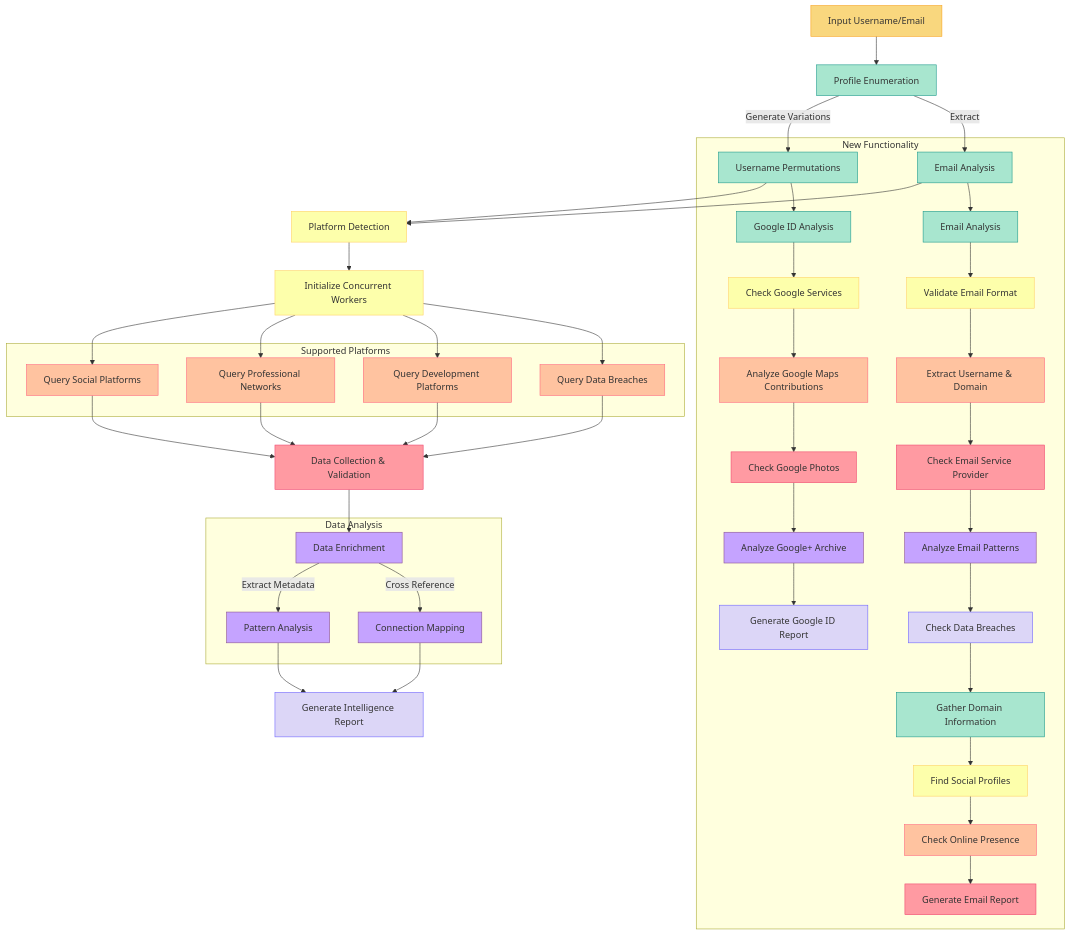
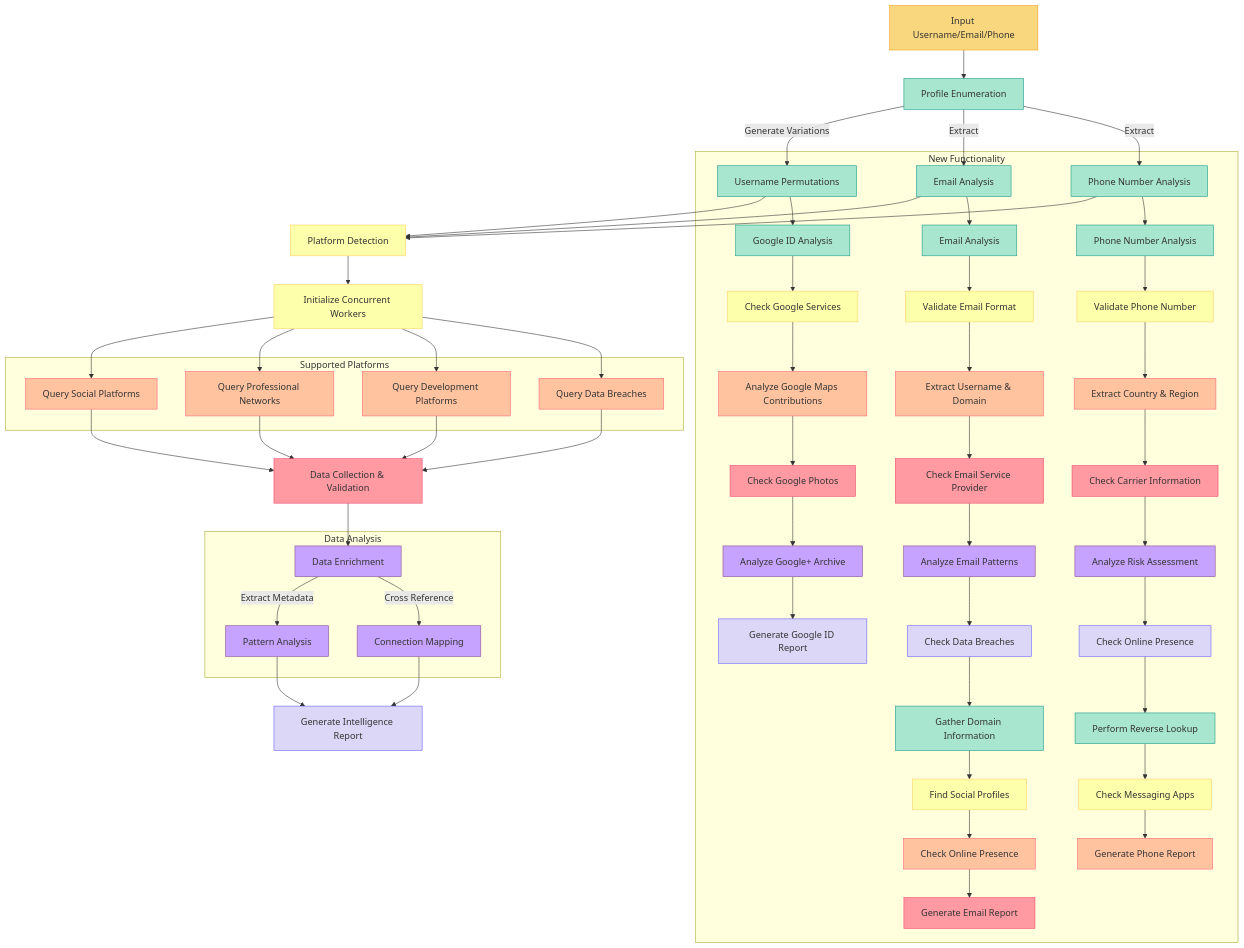
The diagram in README.md (awiones/MercuriesOST), drawn with Mermaid before and after one commit. The commit also changed other lines of this file, not shown here.

````diff
--- a/README.md
+++ b/README.md
@@ -118,94 +117,117 @@
 ```mermaid
 graph TD
-    A[Input Username/Email] --> B[Profile Enumeration]
+    A[Input Username/Email/Phone] --> B[Profile Enumeration]
     B --> |Generate Variations| C[Username Permutations]
     B --> |Extract| D[Email Analysis]
-
-    C --> E[Platform Detection]
-    D --> E
-
-    E --> F[Initialize Concurrent Workers]
-    F --> G[Query Social Platforms]
-    F --> H[Query Professional Networks]
-    F --> I[Query Development Platforms]
-    F --> J[Query Data Breaches]
-
-    G --> K[Data Collection & Validation]
-    H --> K
-    I --> K
-    J --> K
-
-    K --> L[Data Enrichment]
-    L --> |Extract Metadata| M[Pattern Analysis]
-    L --> |Cross Reference| N[Connection Mapping]
-
-    M --> O[Generate Intelligence Report]
-    N --> O
+    B --> |Extract| E[Phone Number Analysis]
+    
+    C --> F[Platform Detection]
+    D --> F
+    E --> F
+    
+    F --> G[Initialize Concurrent Workers]
+    G --> H[Query Social Platforms]
+    G --> I[Query Professional Networks]
+    G --> J[Query Development Platforms]
+    G --> K[Query Data Breaches]
+    
+    H --> L[Data Collection & Validation]
+    I --> L
+    J --> L
+    K --> L
+    
+    L --> M[Data Enrichment]
+    M --> |Extract Metadata| N[Pattern Analysis]
+    M --> |Cross Reference| O[Connection Mapping]
+    
+    N --> P[Generate Intelligence Report]
+    O --> P
 
     subgraph "New Functionality"
-        D --> P[Email Analysis]
-        P --> Q[Validate Email Format]
-        Q --> R[Extract Username & Domain]
-        R --> S[Check Email Service Provider]
-        S --> T[Analyze Email Patterns]
-        T --> U[Check Data Breaches]
-        U --> V[Gather Domain Information]
-        V --> W[Find Social Profiles]
-        W --> X[Check Online Presence]
-        X --> Y[Generate Email Report]
+        D --> Q[Email Analysis]
+        Q --> R[Validate Email Format]
+        R --> S[Extract Username & Domain]
+        S --> T[Check Email Service Provider]
+        T --> U[Analyze Email Patterns]
+        U --> V[Check Data Breaches]
+        V --> W[Gather Domain Information]
+        W --> X[Find Social Profiles]
+        X --> Y[Check Online Presence]
+        Y --> Z[Generate Email Report]
 
-        C --> Z[Google ID Analysis]
-        Z --> AA[Check Google Services]
-        AA --> AB[Analyze Google Maps Contributions]
-        AB --> AC[Check Google Photos]
-        AC --> AD[Analyze Google+ Archive]
-        AD --> AE[Generate Google ID Report]
+        E --> AA[Phone Number Analysis]
+        AA --> AB[Validate Phone Number]
+        AB --> AC[Extract Country & Region]
+        AC --> AD[Check Carrier Information]
+        AD --> AE[Analyze Risk Assessment]
+        AE --> AF[Check Online Presence]
+        AF --> AG[Perform Reverse Lookup]
+        AG --> AH[Check Messaging Apps]
+        AH --> AI[Generate Phone Report]
+
+        C --> AJ[Google ID Analysis]
+        AJ --> AK[Check Google Services]
+        AK --> AL[Analyze Google Maps Contributions]
+        AL --> AM[Check Google Photos]
+        AM --> AN[Analyze Google+ Archive]
+        AN --> AO[Generate Google ID Report]
     end
 
     style A fill:#f9d77e,stroke:#f9a11b
     style B fill:#a8e6cf,stroke:#1b998b
     style C fill:#a8e6cf,stroke:#1b998b
     style D fill:#a8e6cf,stroke:#1b998b
-    style E fill:#fdffab,stroke:#ffd166
+    style E fill:#a8e6cf,stroke:#1b998b
     style F fill:#fdffab,stroke:#ffd166
-    style G fill:#ffc3a0,stroke:#ff677d
+    style G fill:#fdffab,stroke:#ffd166
     style H fill:#ffc3a0,stroke:#ff677d
     style I fill:#ffc3a0,stroke:#ff677d
     style J fill:#ffc3a0,stroke:#ff677d
-    style K fill:#ff9aa2,stroke:#ef476f
-    style L fill:#c5a3ff,stroke:#8a508f
+    style K fill:#ffc3a0,stroke:#ff677d
+    style L fill:#ff9aa2,stroke:#ef476f
     style M fill:#c5a3ff,stroke:#8a508f
     style N fill:#c5a3ff,stroke:#8a508f
-    style O fill:#dcd6f7,stroke:#6c63ff
+    style O fill:#c5a3ff,stroke:#8a508f
+    style P fill:#dcd6f7,stroke:#6c63ff
 
-    style P fill:#a8e6cf,stroke:#1b998b
-    style Q fill:#fdffab,stroke:#ffd166
-    style R fill:#ffc3a0,stroke:#ff677d
-    style S fill:#ff9aa2,stroke:#ef476f
-    style T fill:#c5a3ff,stroke:#8a508f
-    style U fill:#dcd6f7,stroke:#6c63ff
-    style V fill:#a8e6cf,stroke:#1b998b
-    style W fill:#fdffab,stroke:#ffd166
-    style X fill:#ffc3a0,stroke:#ff677d
-    style Y fill:#ff9aa2,stroke:#ef476f
+    style Q fill:#a8e6cf,stroke:#1b998b
+    style R fill:#fdffab,stroke:#ffd166
+    style S fill:#ffc3a0,stroke:#ff677d
+    style T fill:#ff9aa2,stroke:#ef476f
+    style U fill:#c5a3ff,stroke:#8a508f
+    style V fill:#dcd6f7,stroke:#6c63ff
+    style W fill:#a8e6cf,stroke:#1b998b
+    style X fill:#fdffab,stroke:#ffd166
+    style Y fill:#ffc3a0,stroke:#ff677d
+    style Z fill:#ff9aa2,stroke:#ef476f
 
-    style Z fill:#a8e6cf,stroke:#1b998b
-    style AA fill:#fdffab,stroke:#ffd166
-    style AB fill:#ffc3a0,stroke:#ff677d
-    style AC fill:#ff9aa2,stroke:#ef476f
-    style AD fill:#c5a3ff,stroke:#8a508f
-    style AE fill:#dcd6f7,stroke:#6c63ff
+    style AA fill:#a8e6cf,stroke:#1b998b
+    style AB fill:#fdffab,stroke:#ffd166
+    style AC fill:#ffc3a0,stroke:#ff677d
+    style AD fill:#ff9aa2,stroke:#ef476f
+    style AE fill:#c5a3ff,stroke:#8a508f
+    style AF fill:#dcd6f7,stroke:#6c63ff
+    style AG fill:#a8e6cf,stroke:#1b998b
+    style AH fill:#fdffab,stroke:#ffd166
+    style AI fill:#ffc3a0,stroke:#ff677d
+
+    style AJ fill:#a8e6cf,stroke:#1b998b
+    style AK fill:#fdffab,stroke:#ffd166
+    style AL fill:#ffc3a0,stroke:#ff677d
+    style AM fill:#ff9aa2,stroke:#ef476f
+    style AN fill:#c5a3ff,stroke:#8a508f
+    style AO fill:#dcd6f7,stroke:#6c63ff
 
 subgraph "Supported Platforms"
-    G
     H
     I
     J
+    K
 end
 
 subgraph "Data Analysis"
-    L
     M
     N
+    O
 end
 ```
````
